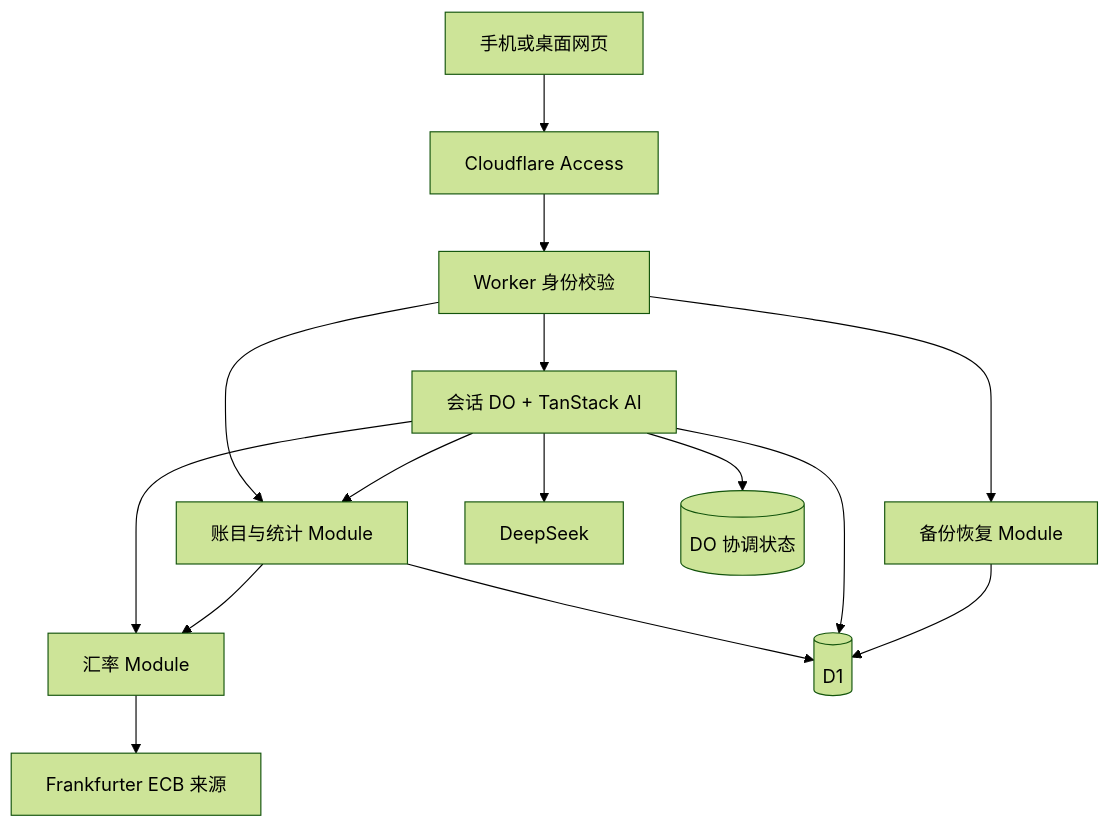
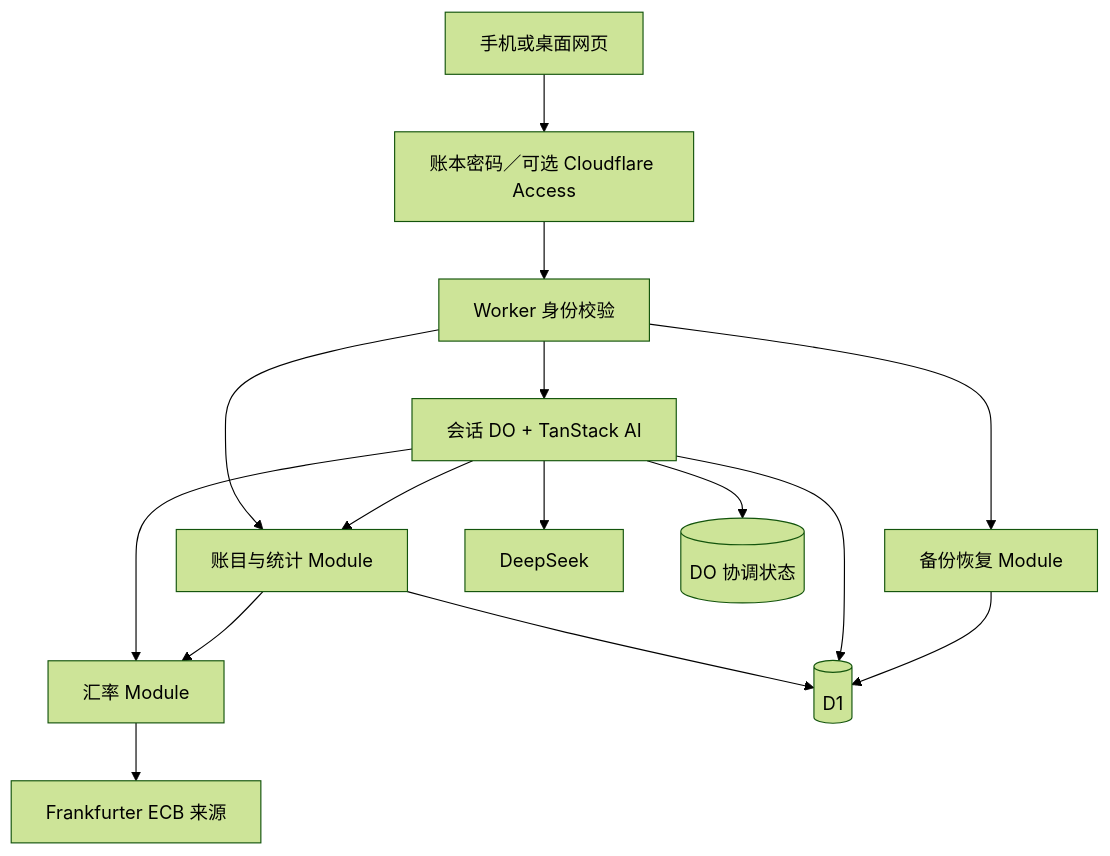
One commit to ISheepp/Moni changed the diagram in docs/technical-design.md. Above: the diagram before and after it, drawn with Mermaid (forest theme). The commit also changed other lines of this file and 34 other files, not shown here.

First line of the commit message:
实现: 提供账本密码与可选 Cloudflare Access 登录

````diff
--- a/docs/technical-design.md
+++ b/docs/technical-design.md
@@ -30,17 +30,17 @@
 ```mermaid
 flowchart TD
-  UI[手机或桌面网页] --> Access[Cloudflare Access]
+  UI[手机或桌面网页] --> Access[账本密码／可选 Cloudflare Access]
   Access --> Guard[Worker 身份校验]
   Guard --> Ledger[账目与统计 Module]
   Guard --> Chat[会话 DO + TanStack AI]
   Guard --> Backup[备份恢复 Module]
   Chat --> Ledger
   Chat --> FX[汇率 Module]
   Chat --> Model[DeepSeek]
   Ledger --> FX
   FX --> Rates[Frankfurter ECB 来源]
   Ledger --> DB[(D1)]
   Chat --> DB
   Chat --> State[(DO 协调状态)]
   Backup --> DB
 ```
````
